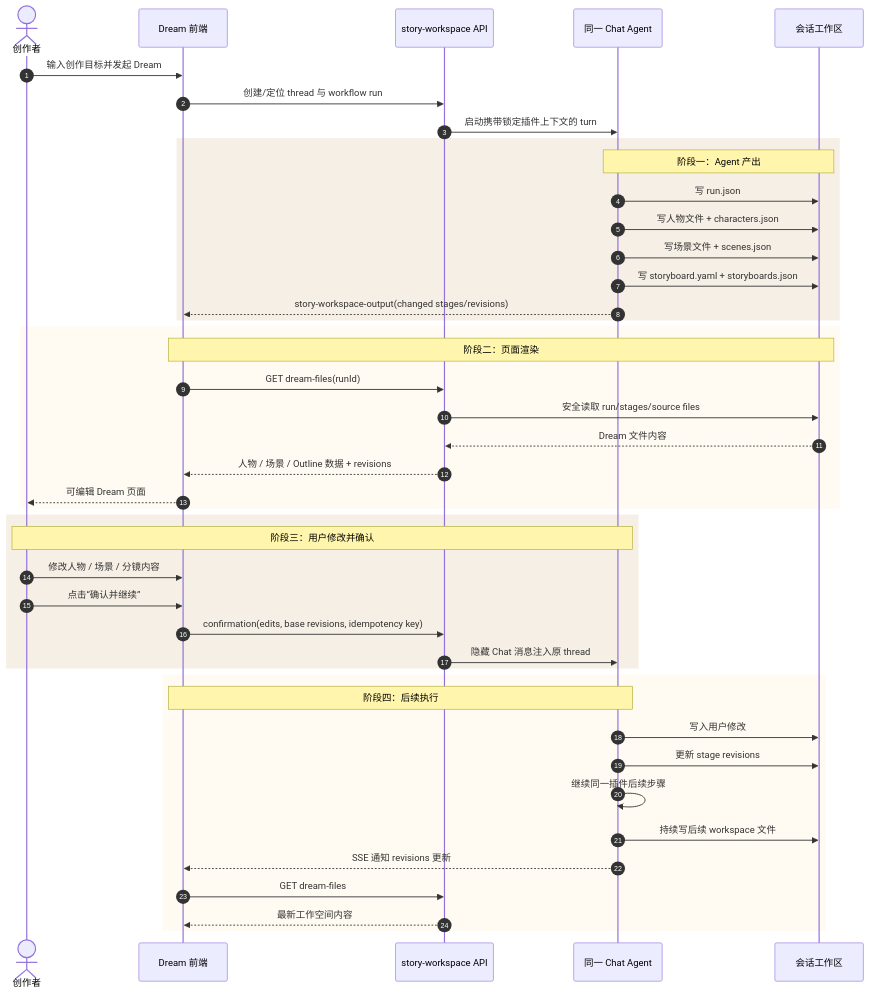
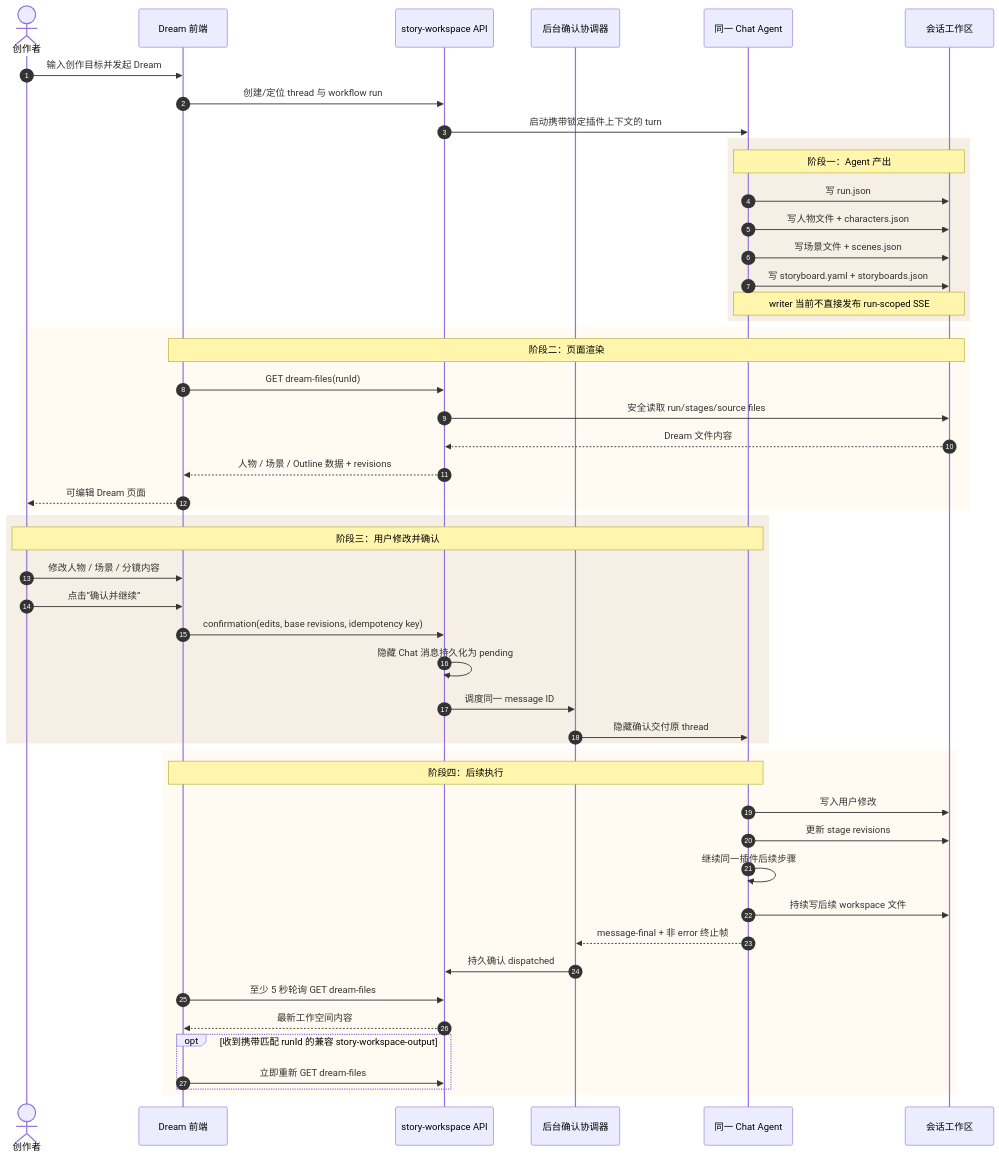
The second of 4 diagrams in docs/design/story-workspace/design_007_dream-business-module-interaction.md (glide-the/im-dream), drawn with Mermaid before and after one commit. The commit also changed other lines of this file and 4 other files, not shown here.

Commit message:
docs(story-workspace): record dream task3 delivery

````diff
--- a/docs/design/story-workspace/design_007_dream-business-module-interaction.md
+++ b/docs/design/story-workspace/design_007_dream-business-module-interaction.md
@@ -143,50 +143,57 @@
 ```mermaid
 sequenceDiagram
     autonumber
     actor Creator as 创作者
     participant Dream as Dream 前端
     participant API as story-workspace API
+    participant RC as 后台确认协调器
     participant Agent as 同一 Chat Agent
     participant FS as 会话工作区
 
     Creator->>Dream: 输入创作目标并发起 Dream
     Dream->>API: 创建/定位 thread 与 workflow run
     API->>Agent: 启动携带锁定插件上下文的 turn
 
     rect rgb(246,239,229)
         Note over Agent,FS: 阶段一：Agent 产出
         Agent->>FS: 写 run.json
         Agent->>FS: 写人物文件 + characters.json
         Agent->>FS: 写场景文件 + scenes.json
         Agent->>FS: 写 storyboard.yaml + storyboards.json
-        Agent-->>Dream: story-workspace-output(changed stages/revisions)
+        Note over Agent,FS: writer 当前不直接发布 run-scoped SSE
     end
 
     rect rgb(255,250,242)
         Note over Dream,FS: 阶段二：页面渲染
         Dream->>API: GET dream-files(runId)
         API->>FS: 安全读取 run/stages/source files
         FS-->>API: Dream 文件内容
         API-->>Dream: 人物 / 场景 / Outline 数据 + revisions
         Dream-->>Creator: 可编辑 Dream 页面
     end
 
     rect rgb(246,239,229)
         Note over Creator,Agent: 阶段三：用户修改并确认
         Creator->>Dream: 修改人物 / 场景 / 分镜内容
         Creator->>Dream: 点击“确认并继续”
         Dream->>API: confirmation(edits, base revisions, idempotency key)
-        API->>Agent: 隐藏 Chat 消息注入原 thread
+        API->>API: 隐藏 Chat 消息持久化为 pending
+        API->>RC: 调度同一 message ID
+        RC->>Agent: 隐藏确认交付原 thread
     end
 
     rect rgb(255,250,242)
         Note over Agent,Dream: 阶段四：后续执行
         Agent->>FS: 写入用户修改
         Agent->>FS: 更新 stage revisions
         Agent->>Agent: 继续同一插件后续步骤
         Agent->>FS: 持续写后续 workspace 文件
-        Agent-->>Dream: SSE 通知 revisions 更新
-        Dream->>API: GET dream-files
+        Agent-->>RC: message-final + 非 error 终止帧
+        RC->>API: 持久确认 dispatched
+        Dream->>API: 至少 5 秒轮询 GET dream-files
         API-->>Dream: 最新工作空间内容
+        opt 收到携带匹配 runId 的兼容 story-workspace-output
+            Dream->>API: 立即重新 GET dream-files
+        end
     end
 ```
````
